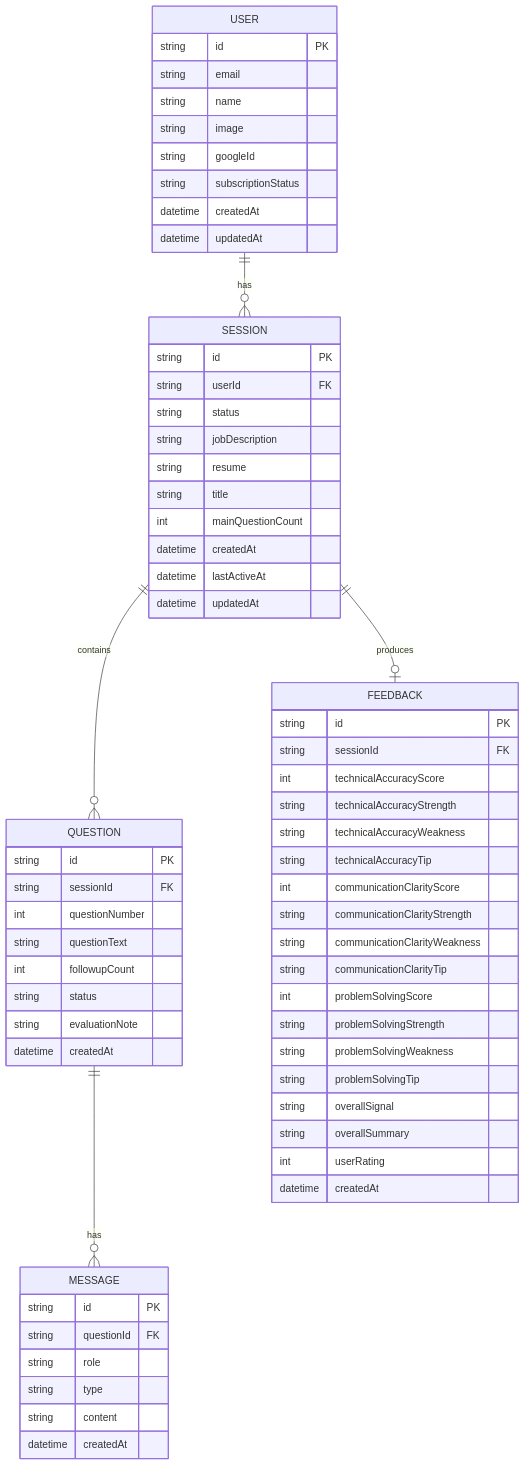
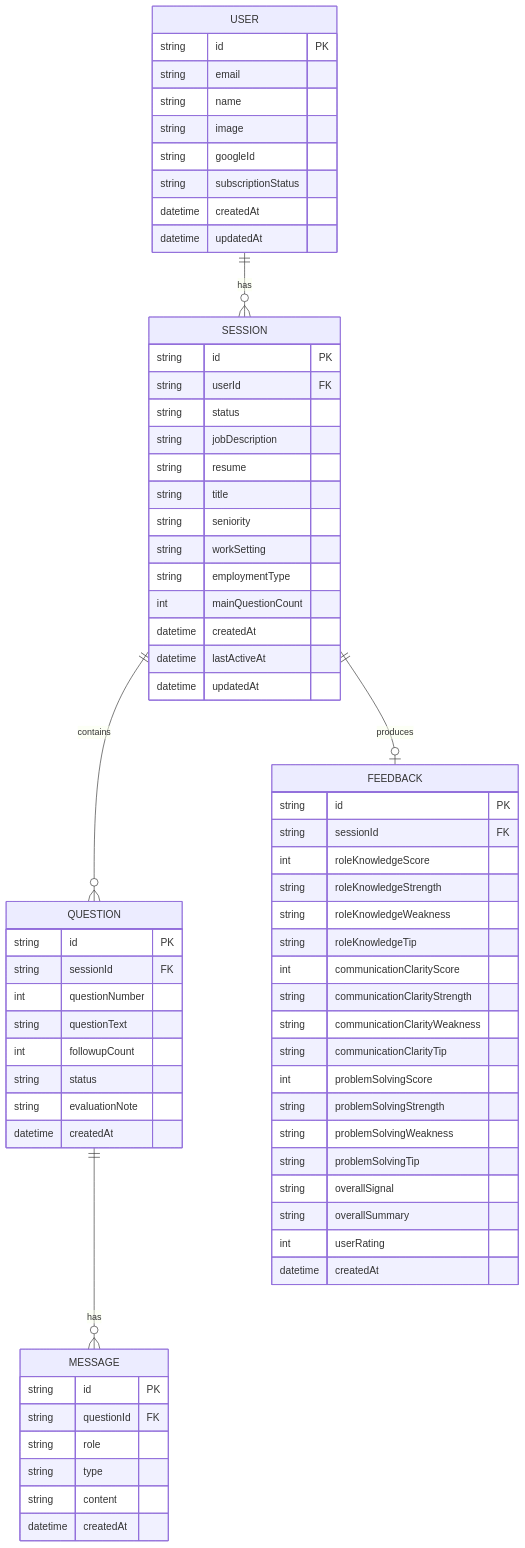
The diagram in docs/entity-model.md (Taninwat-55/mockmate), drawn with Mermaid before and after one commit. The commit also changed other lines of this file and 6 other files, not shown here.

````diff
--- a/docs/entity-model.md
+++ b/docs/entity-model.md
@@ -13,72 +13,75 @@
 ```mermaid
 erDiagram
     USER {
         string id PK
         string email
         string name
         string image
         string googleId
         string subscriptionStatus
         datetime createdAt
         datetime updatedAt
     }
 
     SESSION {
         string id PK
         string userId FK
         string status
         string jobDescription
         string resume
         string title
+        string seniority
+        string workSetting
+        string employmentType
         int mainQuestionCount
         datetime createdAt
         datetime lastActiveAt
         datetime updatedAt
     }
 
     QUESTION {
         string id PK
         string sessionId FK
         int questionNumber
         string questionText
         int followupCount
         string status
         string evaluationNote
         datetime createdAt
     }
 
     MESSAGE {
         string id PK
         string questionId FK
         string role
         string type
         string content
         datetime createdAt
     }
 
     FEEDBACK {
         string id PK
         string sessionId FK
-        int technicalAccuracyScore
-        string technicalAccuracyStrength
-        string technicalAccuracyWeakness
-        string technicalAccuracyTip
+        int roleKnowledgeScore
+        string roleKnowledgeStrength
+        string roleKnowledgeWeakness
+        string roleKnowledgeTip
         int communicationClarityScore
         string communicationClarityStrength
         string communicationClarityWeakness
         string communicationClarityTip
         int problemSolvingScore
         string problemSolvingStrength
         string problemSolvingWeakness
         string problemSolvingTip
         string overallSignal
         string overallSummary
         int userRating
         datetime createdAt
     }
 
     USER ||--o{ SESSION : "has"
     SESSION ||--o{ QUESTION : "contains"
     QUESTION ||--o{ MESSAGE : "has"
     SESSION ||--o| FEEDBACK : "produces"
 ```
````
